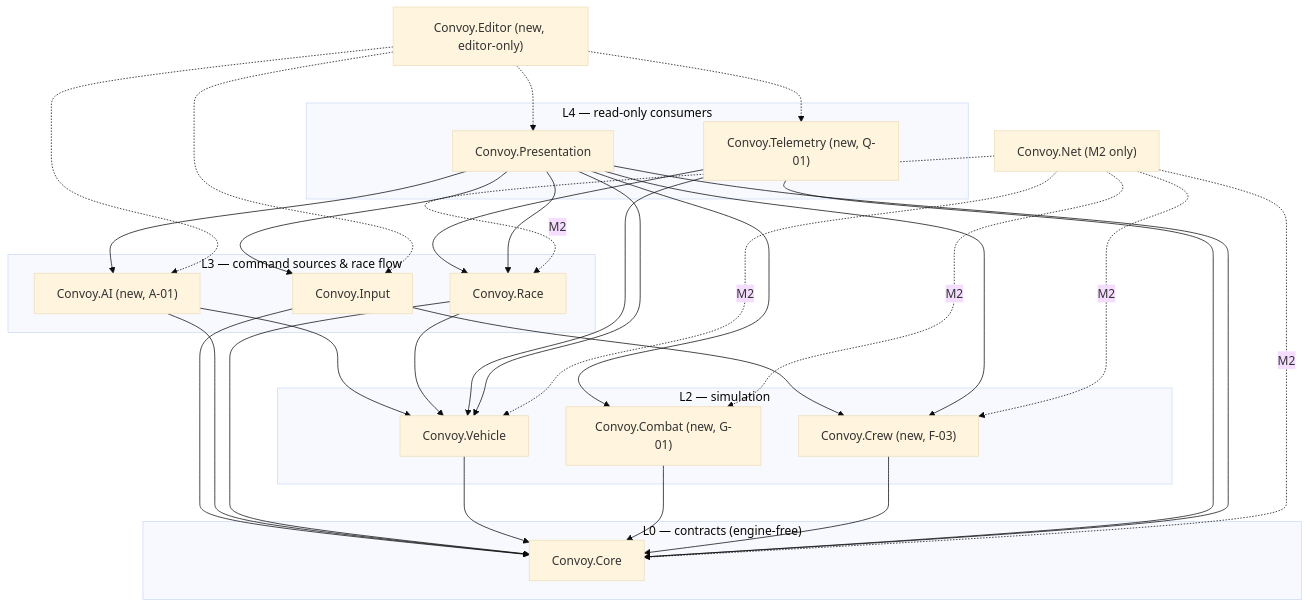
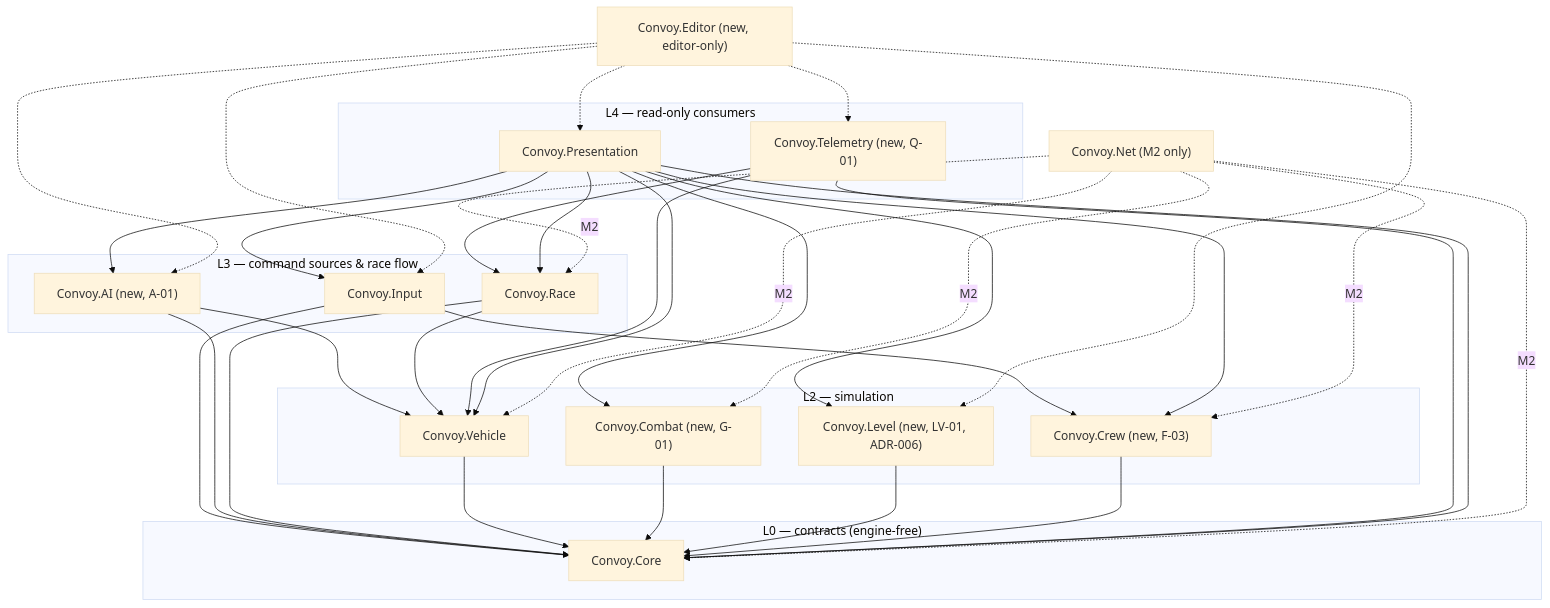
Before and after one commit to GabrielGauss/convoy: the diagram in docs/adr/ADR-001-modules.md, drawn with Mermaid (base theme). The commit also changed other lines of this file and 7 other files, not shown here.

First line of the commit message:
ARCH-002: consistency edits (ADR-001 Level module + ApplyToScene, ADR-003/005 notes, D-01/Q-01/F-03/C-01/A-01 spec lines)

````diff
--- a/docs/adr/ADR-001-modules.md
+++ b/docs/adr/ADR-001-modules.md
@@ -19,51 +19,55 @@
 ```mermaid
 graph TD
   subgraph L4["L4 — read-only consumers"]
     Presentation["Convoy.Presentation"]
     Telemetry["Convoy.Telemetry (new, Q-01)"]
   end
   subgraph L3["L3 — command sources & race flow"]
     Input["Convoy.Input"]
     AI["Convoy.AI (new, A-01)"]
     Race["Convoy.Race"]
   end
   subgraph L2["L2 — simulation"]
     Vehicle["Convoy.Vehicle"]
     Combat["Convoy.Combat (new, G-01)"]
     Crew["Convoy.Crew (new, F-03)"]
+    Level["Convoy.Level (new, LV-01, ADR-006)"]
   end
   subgraph L0["L0 — contracts (engine-free)"]
     Core["Convoy.Core"]
   end
   Net["Convoy.Net (M2 only)"]
   Editor["Convoy.Editor (new, editor-only)"]
 
   Input --> Crew
   Input --> Core
   AI --> Vehicle
   AI --> Core
   Race --> Vehicle
   Race --> Core
   Vehicle --> Core
   Combat --> Core
+  Level --> Core
   Crew --> Core
   Telemetry --> Race
   Telemetry --> Vehicle
   Telemetry --> Core
   Presentation --> Input
   Presentation --> AI
   Presentation --> Race
   Presentation --> Crew
   Presentation --> Combat
+  Presentation --> Level
   Presentation --> Vehicle
   Presentation --> Core
   Net -. M2 .-> Crew
   Net -. M2 .-> Combat
   Net -. M2 .-> Race
   Net -. M2 .-> Vehicle
   Net -. M2 .-> Core
   Editor -.-> Presentation
   Editor -.-> Telemetry
   Editor -.-> Input
   Editor -.-> AI
+  Editor -.-> Level
 ```
````
